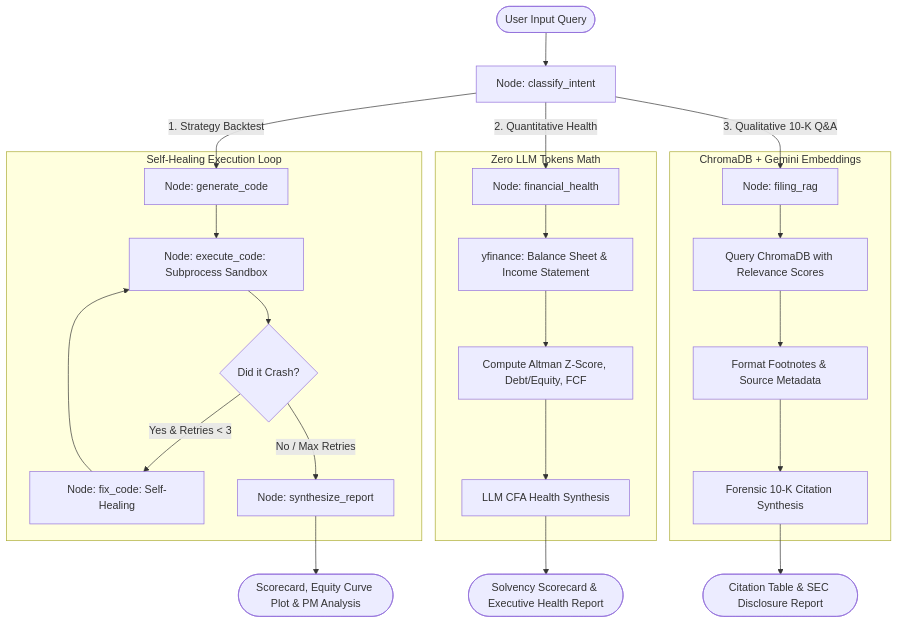
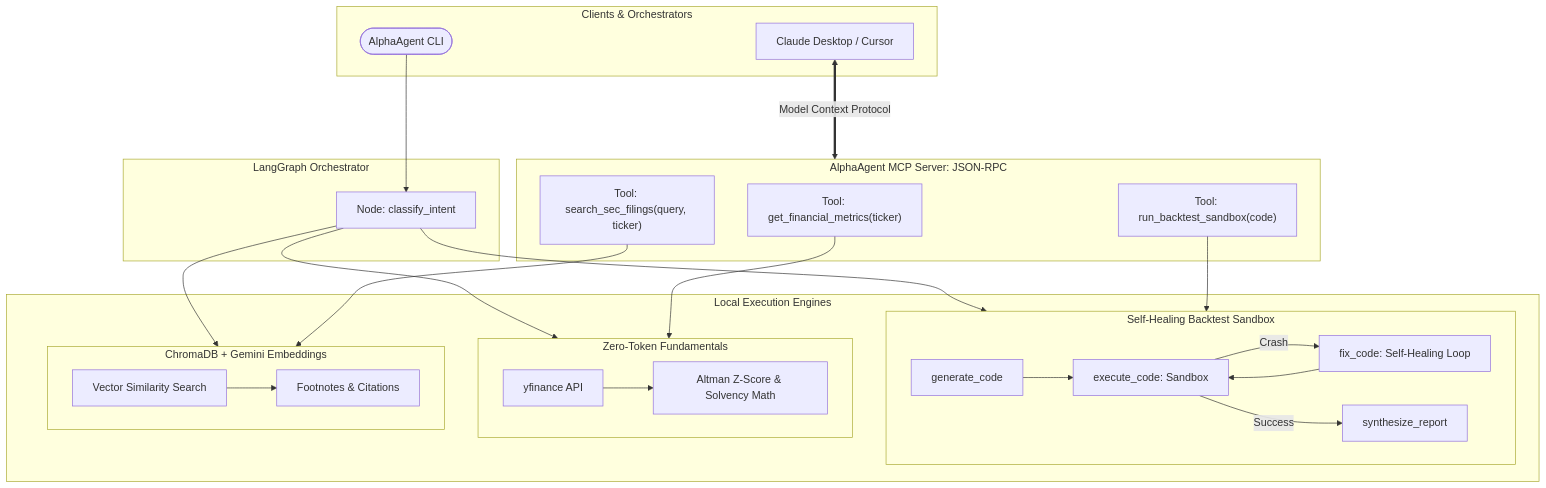
Before and after one commit to Satyamk18/quant-langgraph-agent: the diagram in README.md, drawn with Mermaid. The commit also changed other lines of this file and 3 other files, not shown here.

Commit message:
feat: implement Model Context Protocol (MCP) server exposing tools over JSON-RPC with automated test suite and docs

````diff
--- a/README.md
+++ b/README.md
@@ -16,35 +17,44 @@
 ```mermaid
 flowchart TD
-    UserQuery([User Input Query]) --> ClassifyIntent[Node: classify_intent]
-    
-    %% Intent Branching (3-Way)
-    ClassifyIntent -->|1. Strategy Backtest| GenCode[Node: generate_code]
-    ClassifyIntent -->|2. Quantitative Health| FinHealth[Node: financial_health]
-    ClassifyIntent -->|3. Qualitative 10-K Q&A| FilingRAG[Node: filing_rag]
-    
-    %% Branch 1: Backtesting Engine
-    subgraph Backtest Engine [Self-Healing Execution Loop]
-        GenCode --> ExecuteCode[Node: execute_code: Subprocess Sandbox]
-        ExecuteCode --> ErrorCheck{Did it Crash?}
-        ErrorCheck -->|Yes & Retries < 3| FixCode[Node: fix_code: Self-Healing]
-        FixCode --> ExecuteCode
-        ErrorCheck -->|No / Max Retries| SynthReport[Node: synthesize_report]
+    subgraph Clients [Clients & Orchestrators]
+        UserCLI([AlphaAgent CLI])
+        ExternalMCP[Claude Desktop / Cursor]
     end
-    SynthReport --> EndBacktest([Scorecard, Equity Curve Plot & PM Analysis])
 
-    %% Branch 2: Quantitative Fundamental Audit
-    subgraph Fundamental Audit [Zero LLM Tokens Math]
-        FinHealth --> FetchData[yfinance: Balance Sheet & Income Statement]
-        FetchData --> CalcRatios[Compute Altman Z-Score, Debt/Equity, FCF]
-        CalcRatios --> LLMHealthSynthesis[LLM CFA Health Synthesis]
+    subgraph Router [LangGraph Orchestrator]
+        ClassifyIntent[Node: classify_intent]
     end
-    LLMHealthSynthesis --> EndHealth([Solvency Scorecard & Executive Health Report])
 
-    %% Branch 3: Qualitative SEC 10-K RAG
-    subgraph RAG Subsystem [ChromaDB + Gemini Embeddings]
-        FilingRAG --> VectorSearch[Query ChromaDB with Relevance Scores]
-        VectorSearch --> ExtractCitations[Format Footnotes & Source Metadata]
-        ExtractCitations --> LLMRAGSynthesis[Forensic 10-K Citation Synthesis]
+    subgraph MCPServerLayer [AlphaAgent MCP Server: JSON-RPC]
+        MCPTool1["Tool: get_financial_metrics(ticker)"]
+        MCPTool2["Tool: search_sec_filings(query, ticker)"]
+        MCPTool3["Tool: run_backtest_sandbox(code)"]
     end
-    LLMRAGSynthesis --> EndRAG([Citation Table & SEC Disclosure Report])
+
+    subgraph ExecutionSubsystems [Local Execution Engines]
+        subgraph BacktestEngine [Self-Healing Backtest Sandbox]
+            GenCode[generate_code] --> ExecuteCode[execute_code: Sandbox]
+            ExecuteCode -->|Crash| FixCode[fix_code: Self-Healing Loop]
+            FixCode --> ExecuteCode
+            ExecuteCode -->|Success| SynthReport[synthesize_report]
+        end
+
+        subgraph FundamentalAudit [Zero-Token Fundamentals]
+            YF[yfinance API] --> CalcRatios[Altman Z-Score & Solvency Math]
+        end
+
+        subgraph RAGSubsystem [ChromaDB + Gemini Embeddings]
+            VectorSearch[Vector Similarity Search] --> ExtractCitations[Footnotes & Citations]
+        end
+    end
+
+    UserCLI --> ClassifyIntent
+    ClassifyIntent --> BacktestEngine
+    ClassifyIntent --> FundamentalAudit
+    ClassifyIntent --> RAGSubsystem
+
+    ExternalMCP <===>|Model Context Protocol| MCPServerLayer
+    MCPTool1 --> FundamentalAudit
+    MCPTool2 --> RAGSubsystem
+    MCPTool3 --> BacktestEngine
 ```
````
